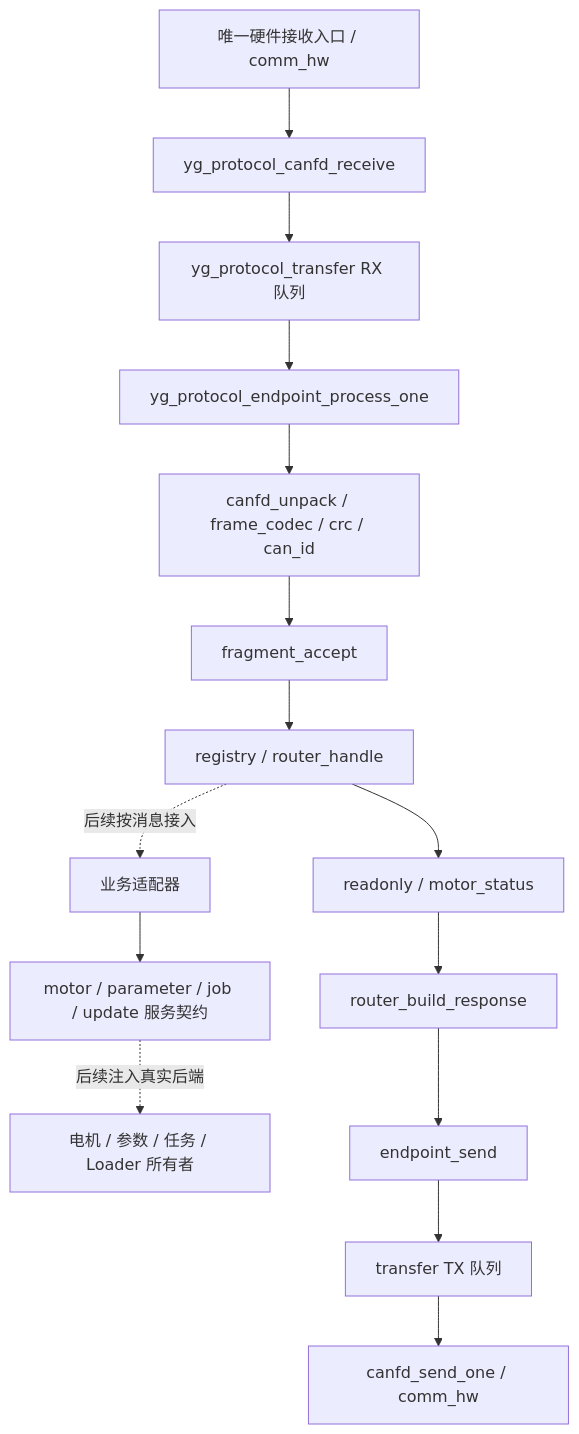
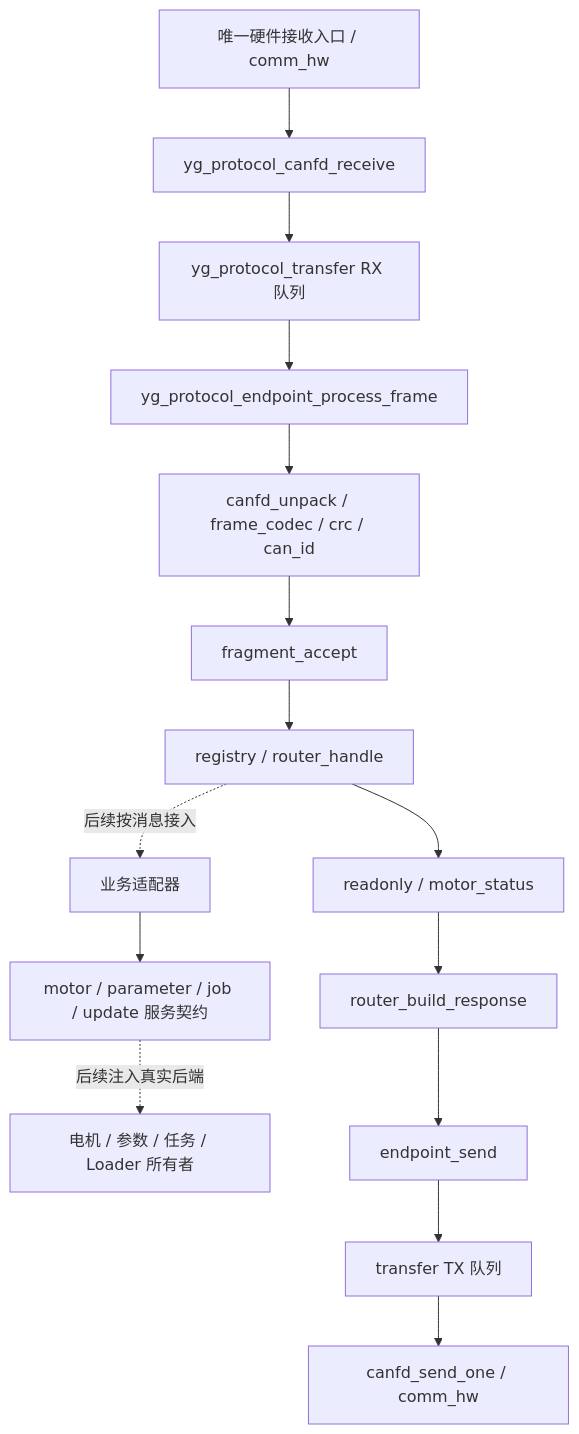
Before and after one commit to haoyang877/Vector_Mini_ST_Firmware: the diagram in docs/protocols/yg_protocol_core_interfaces_v0_1.md, drawn with Mermaid. The commit also changed other lines of this file and 20 other files, not shown here.

````diff
--- a/docs/protocols/yg_protocol_core_interfaces_v0_1.md
+++ b/docs/protocols/yg_protocol_core_interfaces_v0_1.md
@@ -8,17 +8,17 @@
 ```mermaid
 flowchart TD
   HW[唯一硬件接收入口 / comm_hw] --> CAN[yg_protocol_canfd_receive]
   CAN --> RX[yg_protocol_transfer RX 队列]
-  RX --> EP[yg_protocol_endpoint_process_one]
+  RX --> EP[yg_protocol_endpoint_process_frame]
   EP --> CODEC[canfd_unpack / frame_codec / crc / can_id]
   CODEC --> FRAG[fragment_accept]
   FRAG --> ROUTER[registry / router_handle]
   ROUTER --> READ[readonly / motor_status]
   ROUTER -. 后续按消息接入 .-> BACK[业务适配器]
   BACK --> IF[ motor / parameter / job / update 服务契约]
   IF -. 后续注入真实后端 .-> OWNER[电机 / 参数 / 任务 / Loader 所有者]
   READ --> RESP[router_build_response]
   RESP --> SEND[endpoint_send]
   SEND --> TX[transfer TX 队列]
   TX --> OUT[canfd_send_one / comm_hw]
 ```
````
